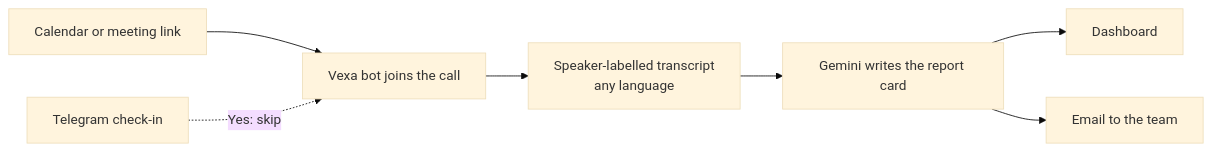
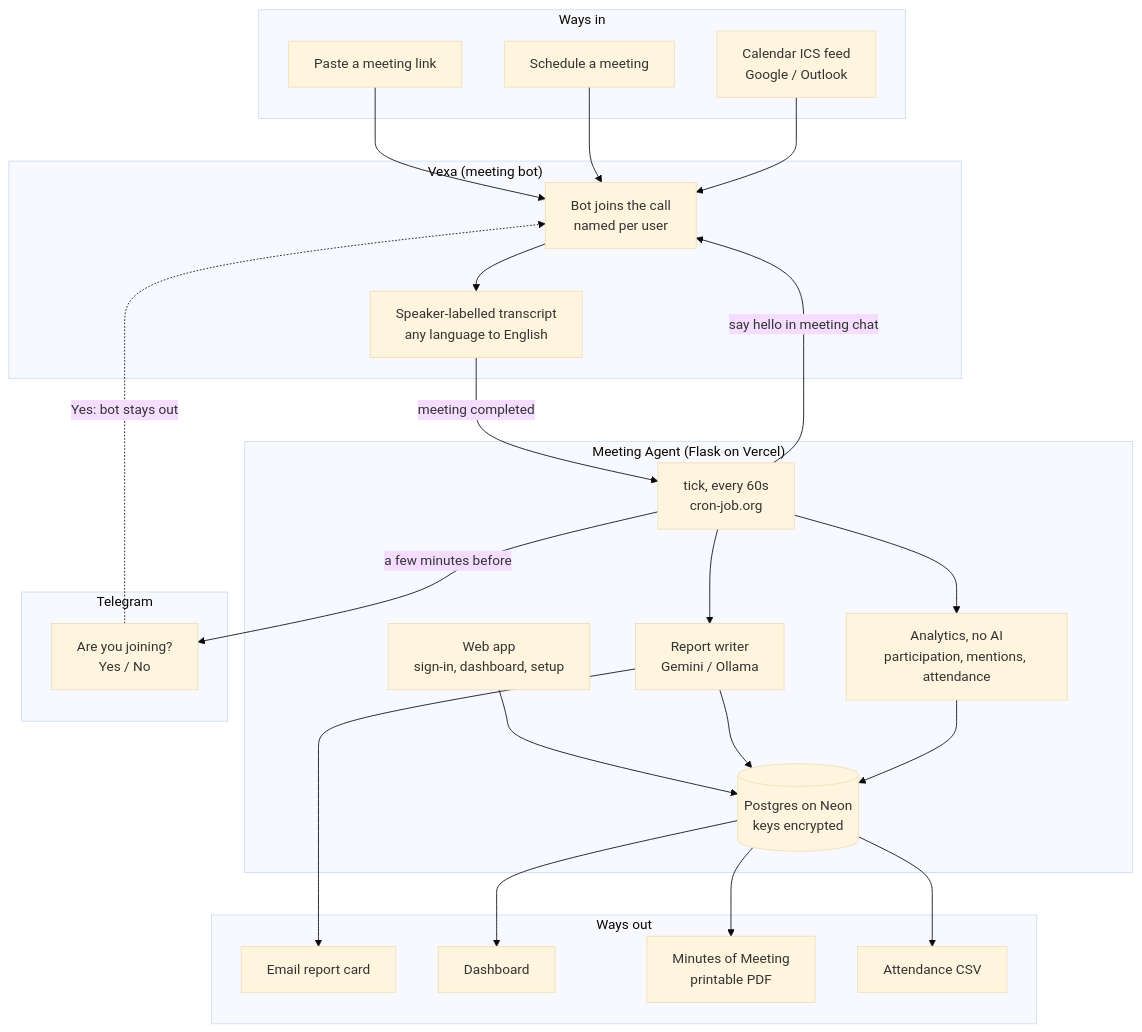
Before and after one commit to sameer-sde/meeting-agent: the diagram in README.md, drawn with Mermaid (base theme). The commit also changed other lines of this file and 1 other file, not shown here.

````diff
--- a/README.md
+++ b/README.md
@@ -28,9 +36,50 @@
 ```mermaid
-flowchart LR
-    A[Calendar or meeting link] --> B[Vexa bot joins the call]
-    T[Telegram check-in] -. "Yes: skip" .-> B
-    B --> C[Speaker-labelled transcript<br/>any language]
-    C --> D[Gemini writes the report card]
-    D --> E[Dashboard]
-    D --> F[Email to the team]
+graph TB
+    subgraph In ["Ways in"]
+        L[Paste a meeting link]
+        S[Schedule a meeting]
+        K[Calendar ICS feed<br/>Google / Outlook]
+    end
+
+    subgraph Vexa ["Vexa (meeting bot)"]
+        B[Bot joins the call<br/>named per user]
+        TR[Speaker-labelled transcript<br/>any language to English]
+        B --> TR
+    end
+
+    subgraph App ["Meeting Agent (Flask on Vercel)"]
+        W[Web app<br/>sign-in, dashboard, setup]
+        T[tick, every 60s<br/>cron-job.org]
+        R[Report writer<br/>Gemini / Ollama]
+        A[Analytics, no AI<br/>participation, mentions, attendance]
+        DB[(Postgres on Neon<br/>keys encrypted)]
+        W --> DB
+        T --> R
+        T --> A
+        R --> DB
+        A --> DB
+    end
+
+    subgraph TG ["Telegram"]
+        Q[Are you joining?<br/>Yes / No]
+    end
+
+    subgraph Out ["Ways out"]
+        E[Email report card]
+        D[Dashboard]
+        M[Minutes of Meeting<br/>printable PDF]
+        C[Attendance CSV]
+    end
+
+    L --> B
+    S --> B
+    K --> B
+    T -->|a few minutes before| Q
+    Q -.->|Yes: bot stays out| B
+    T -->|say hello in meeting chat| B
+    TR -->|meeting completed| T
+    DB --> D
+    R --> E
+    DB --> M
+    DB --> C
 ```
````
